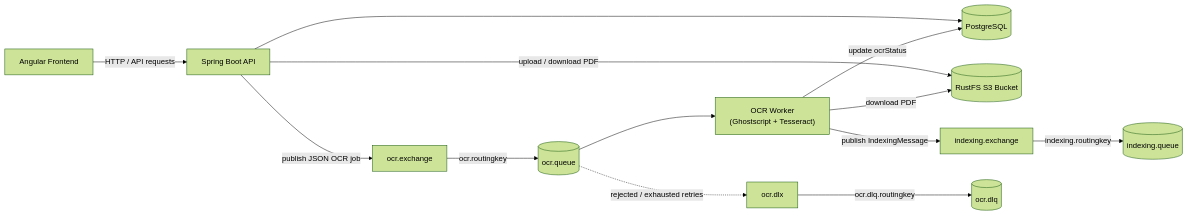
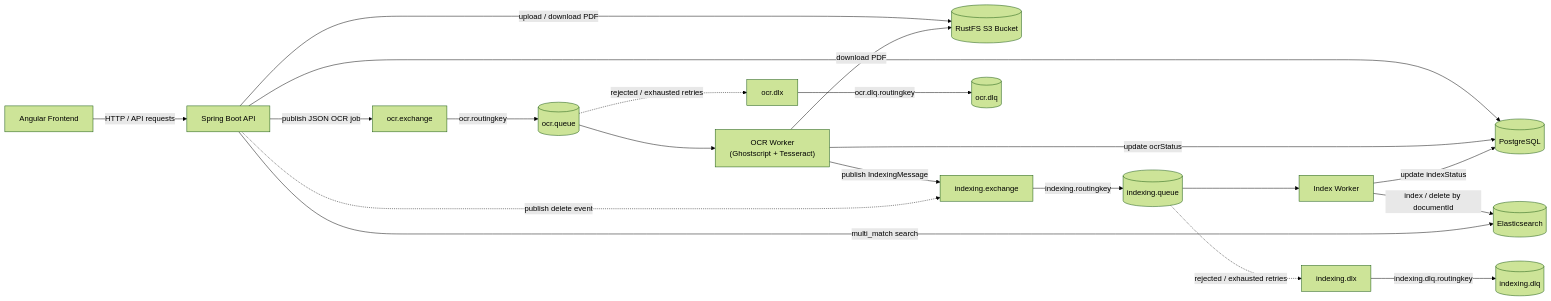
One commit to Pascal07/SWEN3_Capa_Doc changed the diagram in docs/ARCHITECTURE.md. Above: the diagram before and after it, drawn with Mermaid (forest theme). The commit also changed other lines of this file and 73 other files, not shown here.

Commit message:
feat: implement document indexing and deletion messaging with RabbitMQ integration

````diff
--- a/docs/ARCHITECTURE.md
+++ b/docs/ARCHITECTURE.md
@@ -9,15 +9,22 @@
 ```mermaid
 flowchart LR
     Browser[Angular Frontend] -->|HTTP / API requests| API[Spring Boot API]
     API --> DB[(PostgreSQL)]
     API -->|upload / download PDF| RustFS[(RustFS S3 Bucket)]
     API -->|publish JSON OCR job| Exchange[ocr.exchange]
     Exchange -->|ocr.routingkey| Queue[(ocr.queue)]
     Queue --> Worker["OCR Worker\n(Ghostscript + Tesseract)"]
     Worker -->|download PDF| RustFS
     Worker -->|update ocrStatus| DB
     Worker -->|publish IndexingMessage| IdxExchange[indexing.exchange]
     IdxExchange -->|indexing.routingkey| IdxQueue[(indexing.queue)]
+    IdxQueue --> IdxWorker["Index Worker"]
+    IdxWorker -->|index / delete by documentId| ES[(Elasticsearch)]
+    IdxWorker -->|update indexStatus| DB
+    API -->|multi_match search| ES
+    API -. publish delete event .-> IdxExchange
     Queue -. rejected / exhausted retries .-> DLX[ocr.dlx]
     DLX -->|ocr.dlq.routingkey| DLQ[(ocr.dlq)]
+    IdxQueue -. rejected / exhausted retries .-> IdxDLX[indexing.dlx]
+    IdxDLX -->|indexing.dlq.routingkey| IdxDLQ[(indexing.dlq)]
 ```
````
